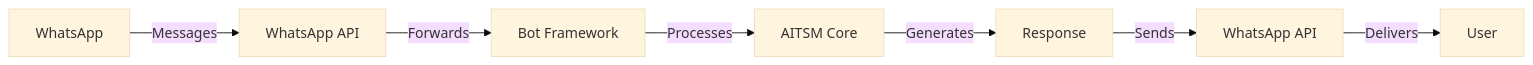
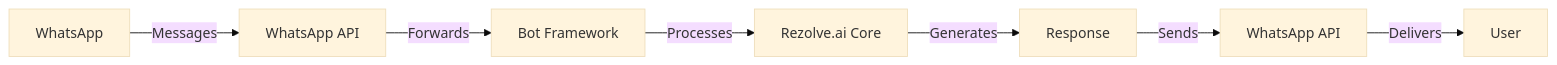
One commit to ubreddy/rezolve-docs changed the fourth of 5 diagrams in docs/integrations/bot-channels.md. Above: the diagram before and after it, drawn with Mermaid (base theme). The commit also changed other lines of this file and 35 other files, not shown here.

````diff
--- a/docs/integrations/bot-channels.md
+++ b/docs/integrations/bot-channels.md
@@ -133,9 +133,9 @@
 ```mermaid
 graph LR
     A[WhatsApp] -->|Messages| B[WhatsApp API]
     B -->|Forwards| C[Bot Framework]
-    C -->|Processes| D[AITSM Core]
+    C -->|Processes| D[Rezolve.ai Core]
     D -->|Generates| E[Response]
     E -->|Sends| F[WhatsApp API]
     F -->|Delivers| G[User]
 ```
````
